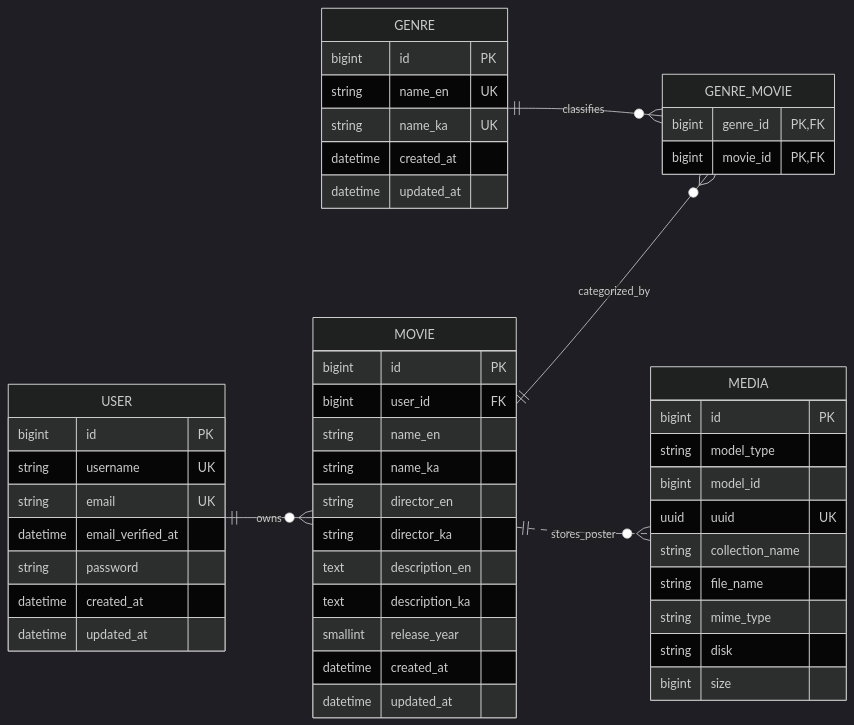
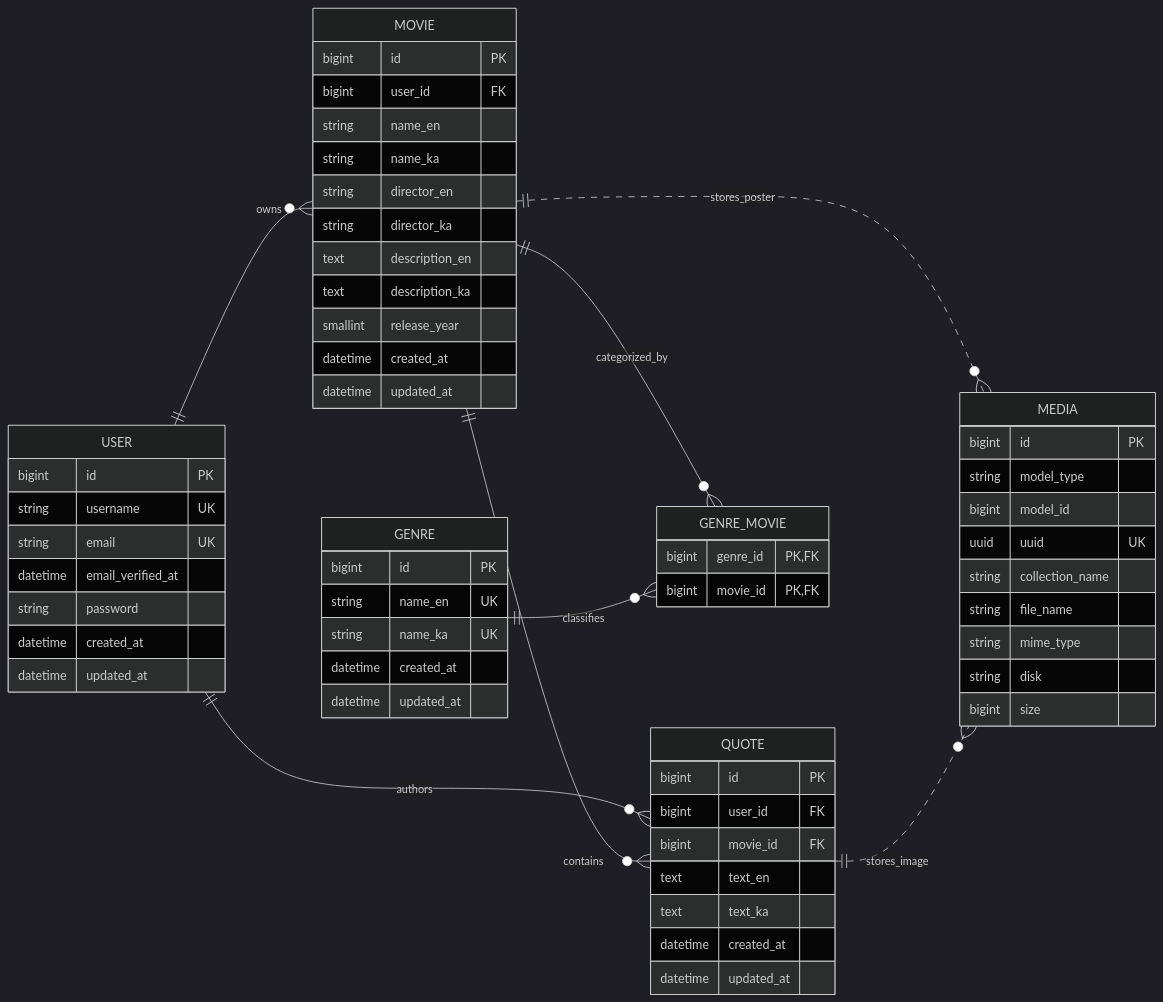
The diagram in docs/database-schema.md (Giorgi-Garsevanishvili/RDBRY-MOVIE-QUOTES), drawn with Mermaid (dark theme) before and after one commit. The commit also changed other lines of this file and 6 other files, not shown here.

````diff
--- a/docs/database-schema.md
+++ b/docs/database-schema.md
@@ -5,54 +5,66 @@
 ```mermaid
 erDiagram
     direction LR
 
     USER ||--o{ MOVIE : owns
+    USER ||--o{ QUOTE : authors
     MOVIE ||--o{ GENRE_MOVIE : categorized_by
     GENRE ||--o{ GENRE_MOVIE : classifies
+    MOVIE ||--o{ QUOTE : contains
     MOVIE ||..o{ MEDIA : stores_poster
+    QUOTE ||..o{ MEDIA : stores_image
 
     USER {
         bigint id PK
         string username UK
         string email UK
         datetime email_verified_at
         string password
         datetime created_at
         datetime updated_at
     }
     MOVIE {
         bigint id PK
         bigint user_id FK
         string name_en
         string name_ka
         string director_en
         string director_ka
         text description_en
         text description_ka
         smallint release_year
         datetime created_at
         datetime updated_at
     }
     GENRE {
         bigint id PK
         string name_en UK
         string name_ka UK
         datetime created_at
         datetime updated_at
     }
     GENRE_MOVIE {
         bigint genre_id PK, FK
         bigint movie_id PK, FK
     }
+    QUOTE {
+        bigint id PK
+        bigint user_id FK
+        bigint movie_id FK
+        text text_en
+        text text_ka
+        datetime created_at
+        datetime updated_at
+    }
     MEDIA {
         bigint id PK
         string model_type
         bigint model_id
         uuid uuid UK
         string collection_name
         string file_name
         string mime_type
         string disk
         bigint size
     }
 ```
````
